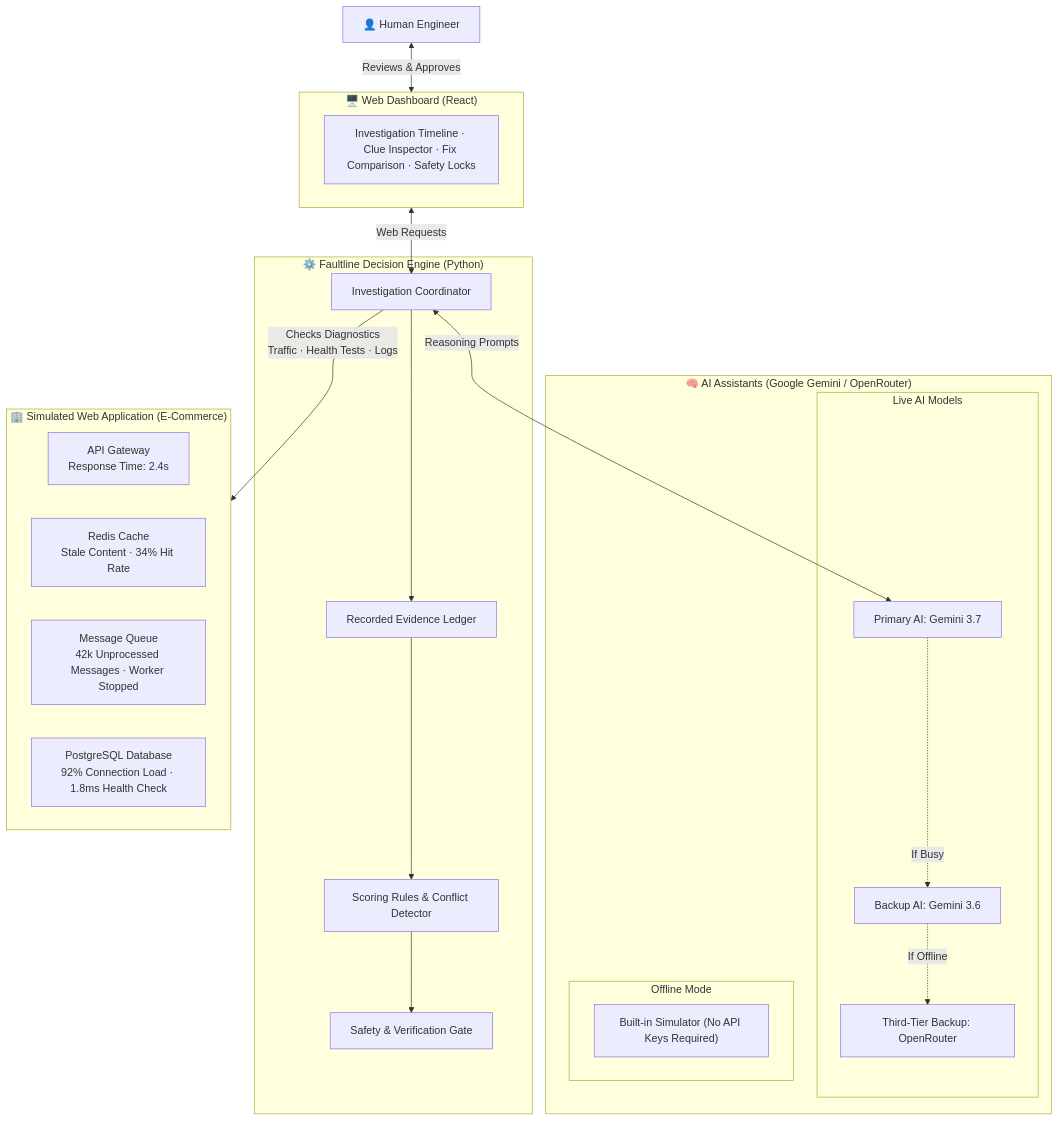
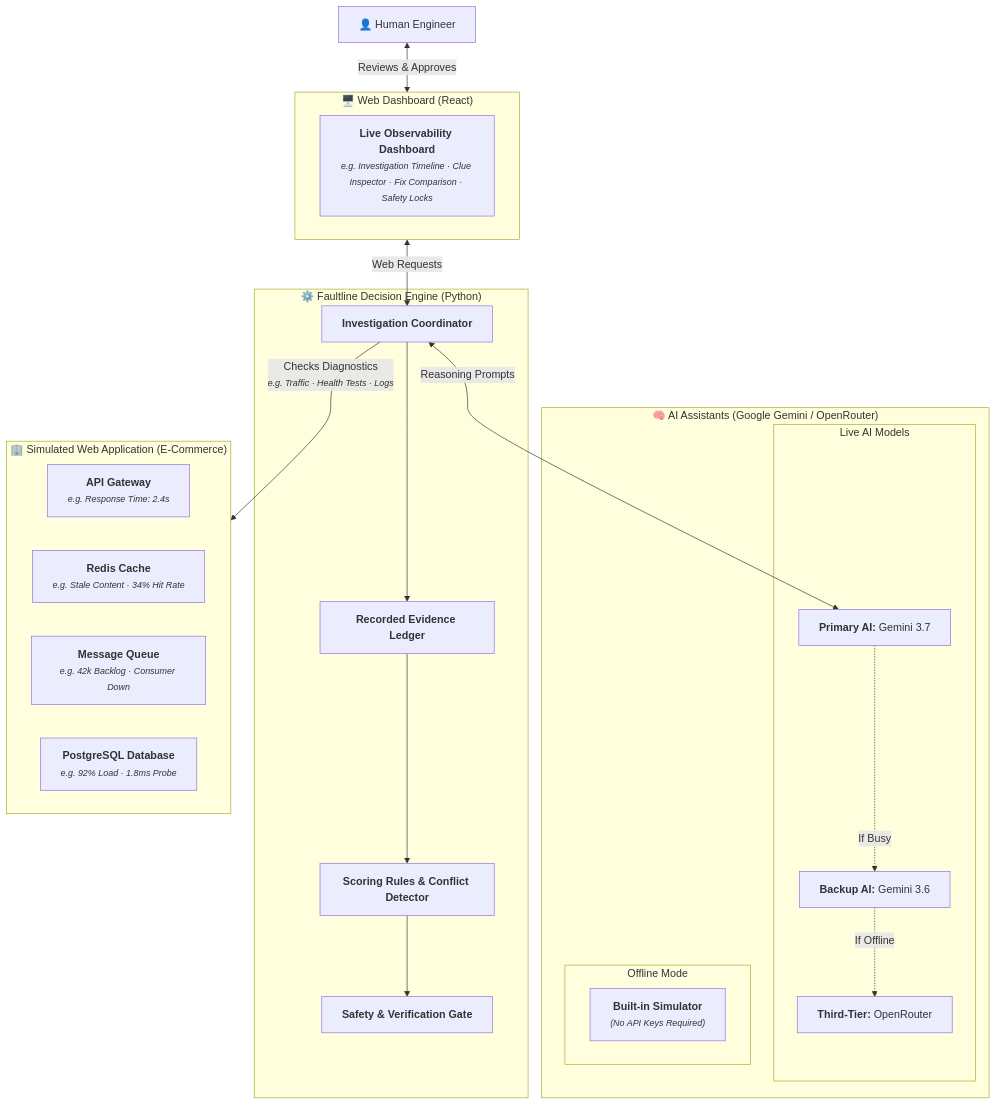
One commit to AnasBabari/LEC_AI changed the first of 3 diagrams in README.md. Above: the diagram before and after it, drawn with Mermaid. The commit also changed other lines of this file, not shown here.

First line of the commit message:
docs(readme): format Mermaid descriptions with e.g. prefix, small italics, and explicit line wraps

````diff
--- a/README.md
+++ b/README.md
@@ -90,38 +90,38 @@
 ```mermaid
 flowchart TB
     subgraph UI["🖥️ Web Dashboard (React)"]
-        Dash["Investigation Timeline · Clue Inspector · Fix Comparison · Safety Locks"]
+        Dash["<b>Live Observability Dashboard</b><br/><small><i>e.g. Investigation Timeline · Clue Inspector · Fix Comparison · Safety Locks</i></small>"]
     end
 
     subgraph Backend["⚙️ Faultline Decision Engine (Python)"]
-        Orchestrator["Investigation Coordinator"]
-        Ledger["Recorded Evidence Ledger"]
-        Engine["Scoring Rules & Conflict Detector"]
-        Validator["Safety & Verification Gate"]
+        Orchestrator["<b>Investigation Coordinator</b>"]
+        Ledger["<b>Recorded Evidence Ledger</b>"]
+        Engine["<b>Scoring Rules & Conflict Detector</b>"]
+        Validator["<b>Safety & Verification Gate</b>"]
         Orchestrator --> Ledger --> Engine --> Validator
     end
 
     subgraph AI["🧠 AI Assistants (Google Gemini / OpenRouter)"]
         subgraph LiveMode["Live AI Models"]
-            Primary["Primary AI: Gemini 3.7"]
-            Backup["Backup AI: Gemini 3.6"]
-            Tertiary["Third-Tier Backup: OpenRouter"]
+            Primary["<b>Primary AI:</b> Gemini 3.7"]
+            Backup["<b>Backup AI:</b> Gemini 3.6"]
+            Tertiary["<b>Third-Tier:</b> OpenRouter"]
             Primary -. If Busy .-> Backup -. If Offline .-> Tertiary
         end
         subgraph OfflineMode["Offline Mode"]
-            Offline["Built-in Simulator (No API Keys Required)"]
+            Offline["<b>Built-in Simulator</b><br/><small><i>(No API Keys Required)</i></small>"]
         end
     end
 
     subgraph Target["🏢 Simulated Web Application (E-Commerce)"]
-        GW["API Gateway<br/>Response Time: 2.4s"]
-        Cache["Redis Cache<br/>Stale Content · 34% Hit Rate"]
-        MQ["Message Queue<br/>42k Unprocessed Messages · Worker Stopped"]
-        DB["PostgreSQL Database<br/>92% Connection Load · 1.8ms Health Check"]
+        GW["<b>API Gateway</b><br/><small><i>e.g. Response Time: 2.4s</i></small>"]
+        Cache["<b>Redis Cache</b><br/><small><i>e.g. Stale Content · 34% Hit Rate</i></small>"]
+        MQ["<b>Message Queue</b><br/><small><i>e.g. 42k Backlog · Consumer Down</i></small>"]
+        DB["<b>PostgreSQL Database</b><br/><small><i>e.g. 92% Load · 1.8ms Probe</i></small>"]
     end
 
     User["👤 Human Engineer"] <-->|Reviews & Approves| UI
     UI <-->|Web Requests| Orchestrator
     Orchestrator <-->|Reasoning Prompts| Primary
-    Orchestrator -->|Checks Diagnostics<br/>Traffic · Health Tests · Logs| Target
+    Orchestrator -->|Checks Diagnostics<br/><small><i>e.g. Traffic · Health Tests · Logs</i></small>| Target
 ```
````
